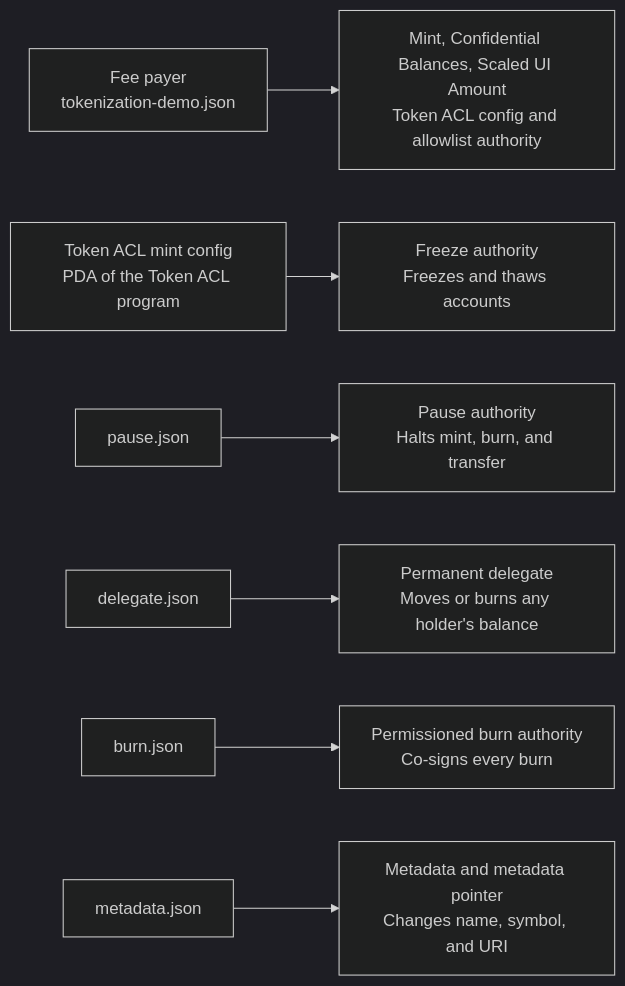
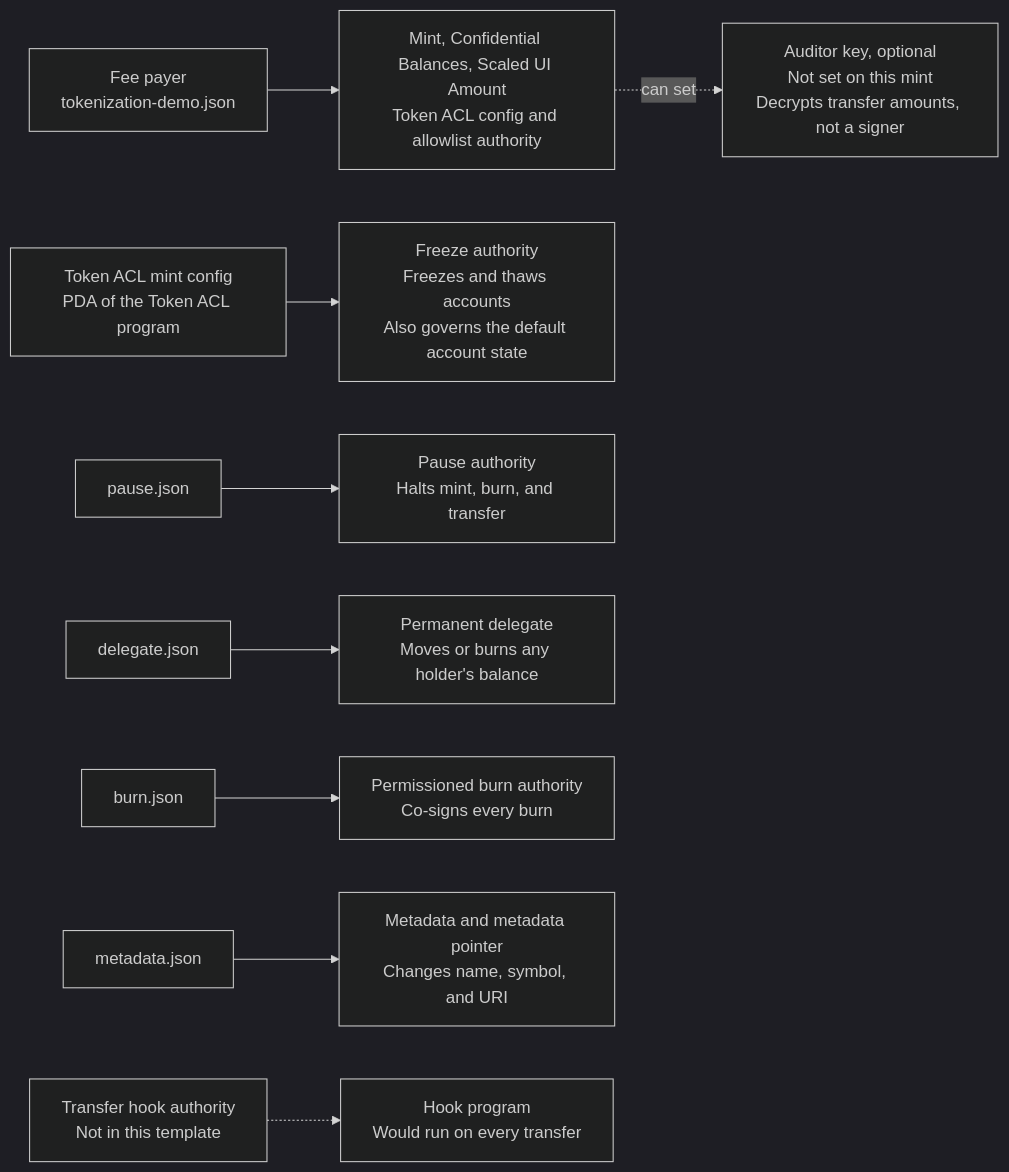
The diagram in apps/docs/developers/docs/tokenization/tutorials/issuing/create-the-mint.mdx (catmcgee/solana-com), drawn with Mermaid (dark theme) before and after one commit. The commit also changed other lines of this file and 116 other files, not shown here.

````diff
--- a/apps/docs/developers/docs/tokenization/tutorials/issuing/create-the-mint.mdx
+++ b/apps/docs/developers/docs/tokenization/tutorials/issuing/create-the-mint.mdx
@@ -40,12 +40,14 @@
 ```mermaid
 flowchart LR
   accTitle: Who holds each authority on the tutorial mint
-  accDescr: The fee payer holds the mint, Confidential Balances, and Scaled UI Amount authorities and the Token ACL config and allowlist. The freeze authority belongs to the Token ACL mint config. Pause, permanent delegate, permissioned burn, and metadata each have their own key.
+  accDescr: The fee payer holds the mint, Confidential Balances, and Scaled UI Amount authorities and the Token ACL config and allowlist. The freeze authority belongs to the Token ACL mint config, and it also governs the default account state. Pause, permanent delegate, permissioned burn, and metadata each have their own key. Two settings are not used on this mint: an optional auditor key, which the Confidential Balances authority can set and which decrypts transfer amounts without signing anything, and a transfer hook, which the tokenized-security template does not include.
   P["Fee payer<br/>tokenization-demo.json"] --> A1["Mint, Confidential Balances, Scaled UI Amount<br/>Token ACL config and allowlist authority"]
-  T["Token ACL mint config<br/>PDA of the Token ACL program"] --> A2["Freeze authority<br/>Freezes and thaws accounts"]
+  A1 -.->|can set| AUD["Auditor key, optional<br/>Not set on this mint<br/>Decrypts transfer amounts, not a signer"]
+  T["Token ACL mint config<br/>PDA of the Token ACL program"] --> A2["Freeze authority<br/>Freezes and thaws accounts<br/>Also governs the default account state"]
   K1["pause.json"] --> A3["Pause authority<br/>Halts mint, burn, and transfer"]
   K2["delegate.json"] --> A4["Permanent delegate<br/>Moves or burns any holder's balance"]
   K3["burn.json"] --> A5["Permissioned burn authority<br/>Co-signs every burn"]
   K4["metadata.json"] --> A6["Metadata and metadata pointer<br/>Changes name, symbol, and URI"]
+  H["Transfer hook authority<br/>Not in this template"] -.-> HP["Hook program<br/>Would run on every transfer"]
   class T focal
 ```
````
